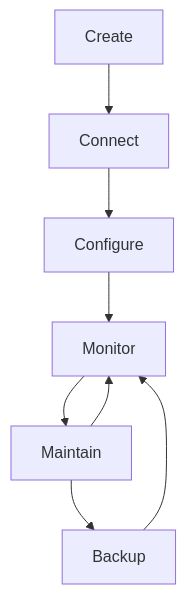
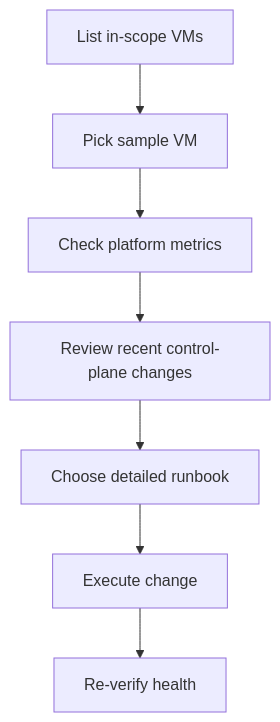
The diagram in docs/operations/index.md (yeongseon/azure-virtual-machine-practical-guide), drawn with Mermaid before and after one commit. The commit also changed other lines of this file and 9 other files, not shown here.

````diff
--- a/docs/operations/index.md
+++ b/docs/operations/index.md
@@ -36,10 +48,9 @@
 ```mermaid
-graph TD
-    A[Create] --> B[Connect]
-    B --> C[Configure]
-    C --> D[Monitor]
-    D --> E[Maintain]
-    E --> D
-    E --> F[Backup]
-    F --> D
+flowchart TD
+    A[List in-scope VMs] --> B[Pick sample VM]
+    B --> C[Check platform metrics]
+    C --> D[Review recent control-plane changes]
+    D --> E[Choose detailed runbook]
+    E --> F[Execute change]
+    F --> G[Re-verify health]
 ```
````
